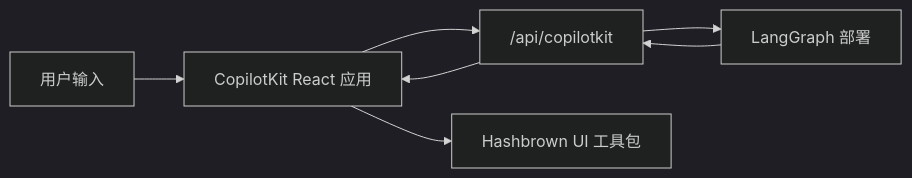
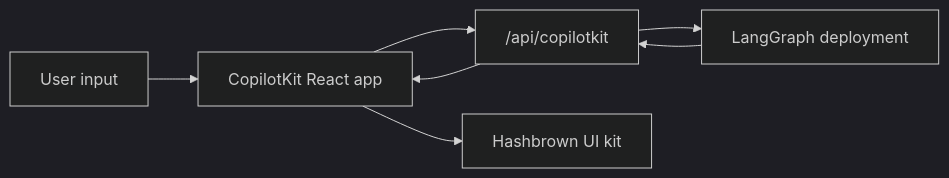
The diagram in oss/javascript/langchain/frontend/integrations/copilotkit.mdx (kunfan96/cndocs-langchain), drawn with Mermaid (dark theme) before and after one commit. The commit also changed other lines of this file and 2538 other files, not shown here.

````diff
--- a/oss/javascript/langchain/frontend/integrations/copilotkit.mdx
+++ b/oss/javascript/langchain/frontend/integrations/copilotkit.mdx
@@ -32,23 +32,23 @@
 ```mermaid
 %%{
   init: {
     "fontFamily": "monospace",
     "flowchart": {
       "curve": "curve"
     }
   }
 }%%
 graph LR
-  USER["用户输入"]
-  UI["CopilotKit React 应用"]
+  USER["User input"]
+  UI["CopilotKit React app"]
   ENDPOINT["/api/copilotkit"]
-  GRAPH["LangGraph 部署"]
-  RENDER["Hashbrown UI 工具包"]
+  GRAPH["LangGraph deployment"]
+  RENDER["Hashbrown UI kit"]
 
   USER --> UI
   UI --> ENDPOINT
   ENDPOINT --> GRAPH
   GRAPH --> ENDPOINT
   ENDPOINT --> UI
   UI --> RENDER
 ```
````
